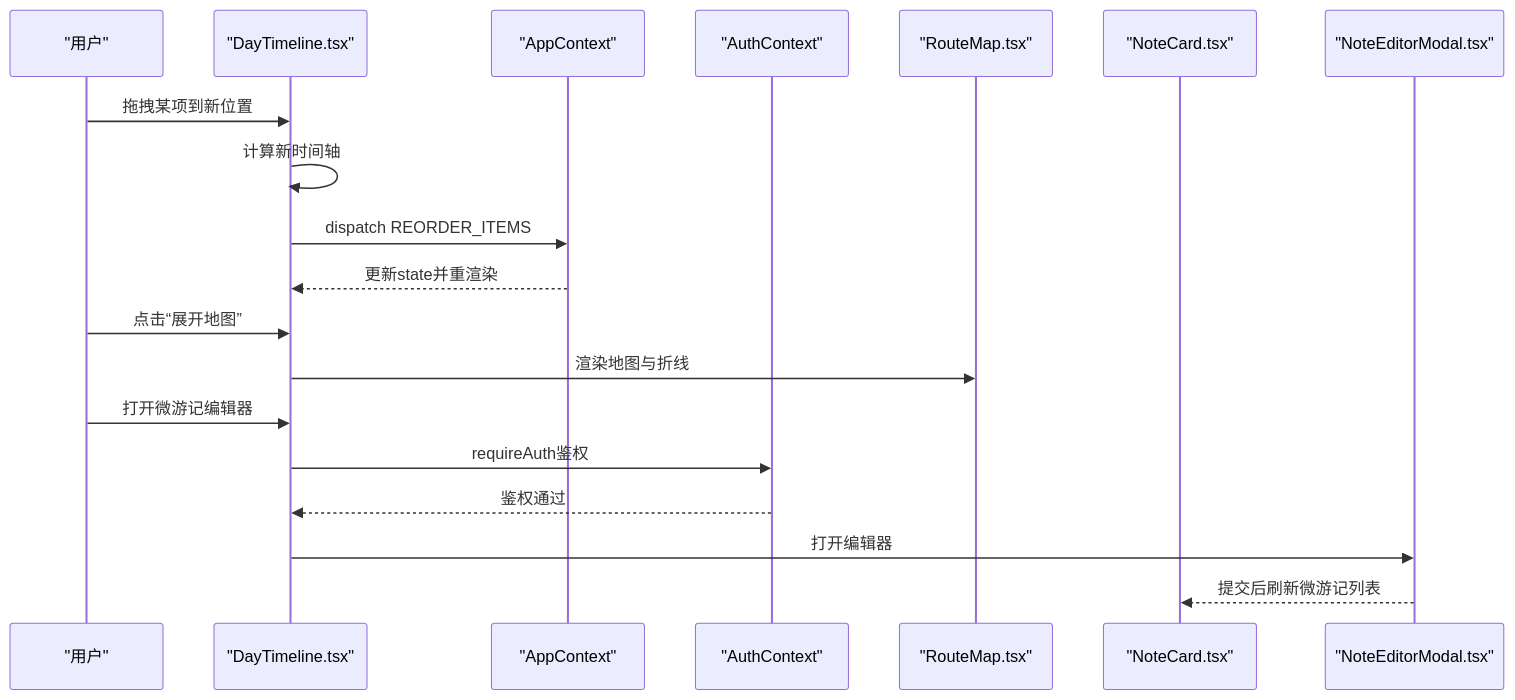
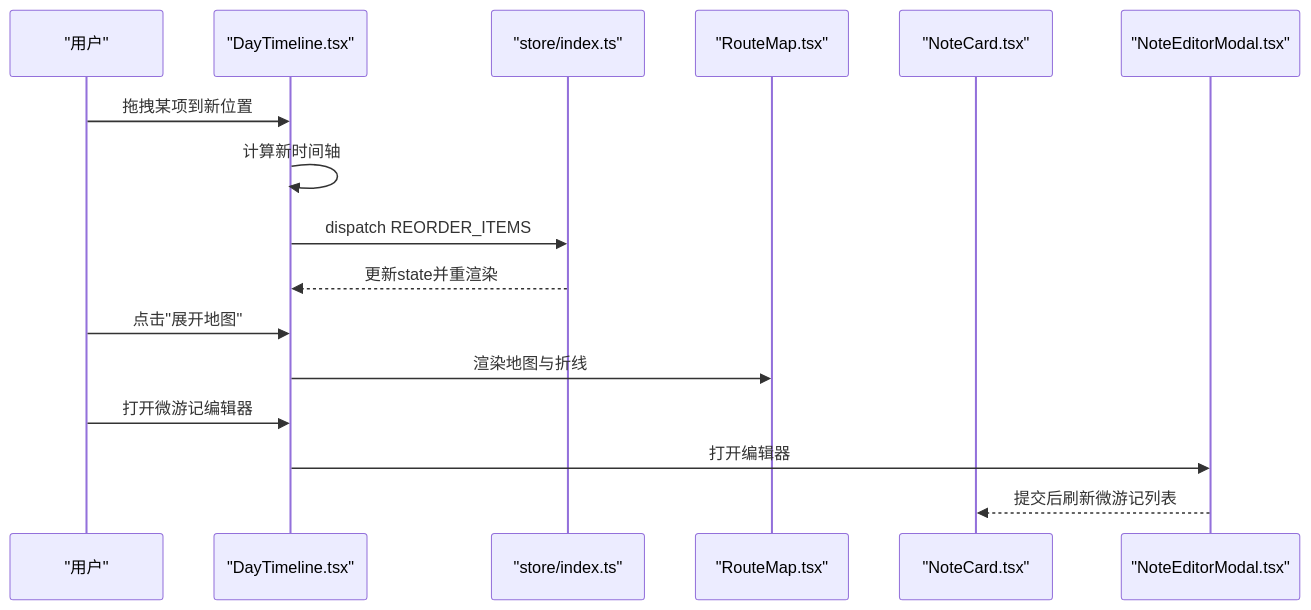
One commit to ititjjy/AITrip-plan changed the fifth of 6 diagrams in .qoder/repowiki/zh/content/前端架构/React组件体系.md. Above: the diagram before and after it, drawn with Mermaid. The commit also changed other lines of this file and 17 other files, not shown here.

````diff
--- a/.qoder/repowiki/zh/content/前端架构/React组件体系.md
+++ b/.qoder/repowiki/zh/content/前端架构/React组件体系.md
@@ -241,21 +252,18 @@
 ```mermaid
 sequenceDiagram
 participant U as "用户"
 participant DT as "DayTimeline.tsx"
-participant AC as "AppContext"
-participant AU as "AuthContext"
+participant STORE as "store/index.ts"
 participant RM as "RouteMap.tsx"
 participant NC as "NoteCard.tsx"
 participant NEM as "NoteEditorModal.tsx"
 U->>DT : 拖拽某项到新位置
 DT->>DT : 计算新时间轴
-DT->>AC : dispatch REORDER_ITEMS
-AC-->>DT : 更新state并重渲染
-U->>DT : 点击“展开地图”
+DT->>STORE : dispatch REORDER_ITEMS
+STORE-->>DT : 更新state并重渲染
+U->>DT : 点击"展开地图"
 DT->>RM : 渲染地图与折线
 U->>DT : 打开微游记编辑器
-DT->>AU : requireAuth鉴权
-AU-->>DT : 鉴权通过
 DT->>NEM : 打开编辑器
 NEM-->>NC : 提交后刷新微游记列表
 ```
````
